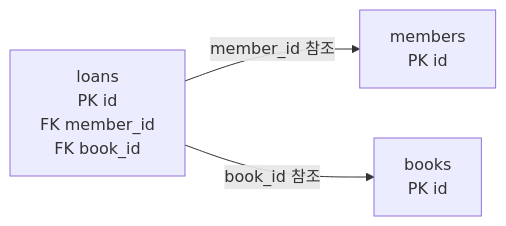
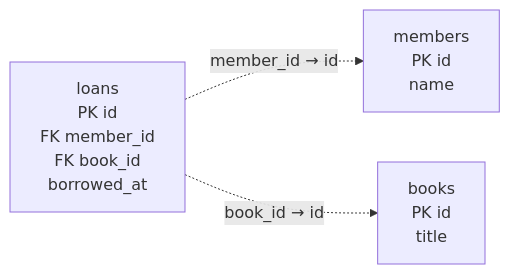
Before and after one commit to GilbertMoon/ai-database-book: the diagram in images/chapter05/ch05_03_primary_foreign_key_relationship.mmd, drawn with Mermaid.

Commit message:
Finalize Chapter 05 PK FK Mermaid

```diff
--- a/images/chapter05/ch05_03_primary_foreign_key_relationship.mmd
+++ b/images/chapter05/ch05_03_primary_foreign_key_relationship.mmd
@@ -1,7 +1,6 @@
 flowchart LR
-    M[members<br/>PK id]
-    L[loans<br/>PK id<br/>FK member_id<br/>FK book_id]
-    B[books<br/>PK id]
-
-    L -- member_id 참조 --> M
-    L -- book_id 참조 --> B
+    M[members<br/>PK id<br/>name]
+    L[loans<br/>PK id<br/>FK member_id<br/>FK book_id<br/>borrowed_at]
+    B[books<br/>PK id<br/>title]
+    L -. "member_id → id" .-> M
+    L -. "book_id → id" .-> B
```
